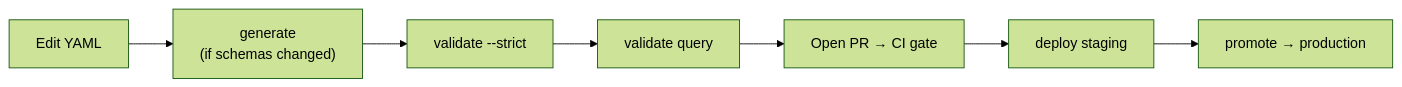
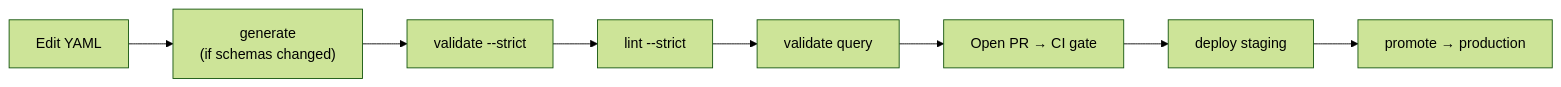
One commit to opentidehq/website changed the diagram in content/docs/usage/workflows/detection-as-code.md. Above: the diagram before and after it, drawn with Mermaid (forest theme). The commit also changed other lines of this file and 24 other files, not shown here.

````diff
--- a/content/docs/usage/workflows/detection-as-code.md
+++ b/content/docs/usage/workflows/detection-as-code.md
@@ -10,9 +10,10 @@
 ```mermaid
 flowchart LR
   edit["Edit YAML"] --> gen["generate<br/>(if schemas changed)"]
   gen --> val["validate --strict"]
-  val --> q["validate query"]
+  val --> lint["lint --strict"]
+  lint --> q["validate query"]
   q --> pr["Open PR → CI gate"]
   pr --> deploy["deploy staging"]
   deploy --> promote["promote → production"]
 ```
````
